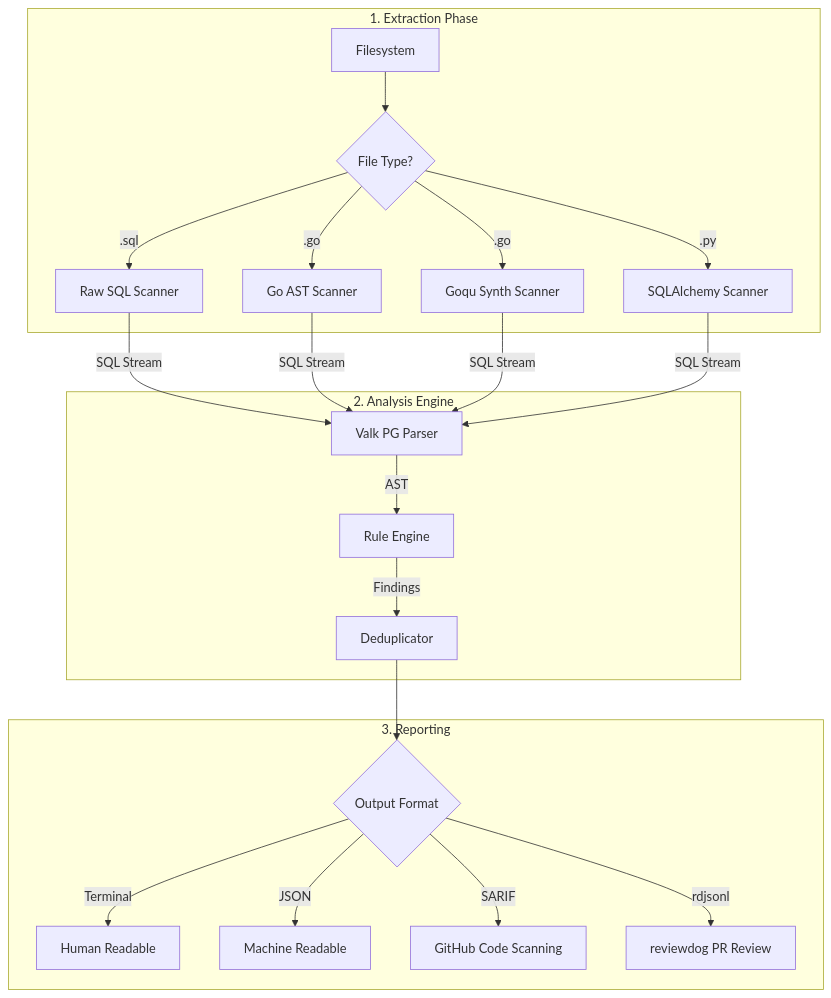
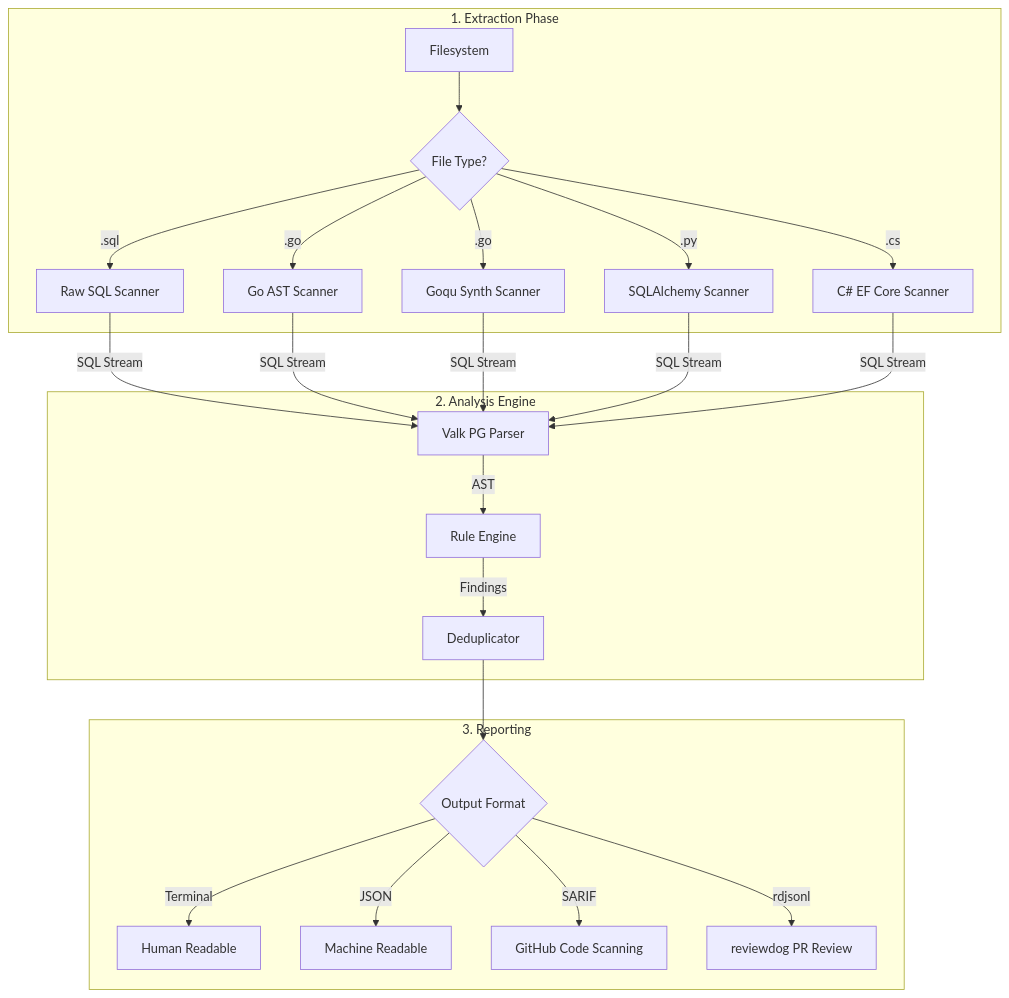
Before and after one commit to ValkDB/valk-guard: the first of 2 diagrams in docs/architecture.md, drawn with Mermaid. The commit also changed other lines of this file and 16 other files, not shown here.

Commit message:
feat: add C# EF Core raw SQL scanner

````diff
--- a/docs/architecture.md
+++ b/docs/architecture.md
@@ -23,24 +23,25 @@
 ```mermaid
 graph TD
     subgraph "1. Extraction Phase"
         A[Filesystem] --> B{File Type?}
         B -->|.sql| C[Raw SQL Scanner]
         B -->|.go| D[Go AST Scanner]
         B -->|.go| E[Goqu Synth Scanner]
         B -->|.py| F[SQLAlchemy Scanner]
+        B -->|.cs| G[C# EF Core Scanner]
     end
 
     subgraph "2. Analysis Engine"
-        C & D & E & F -->|SQL Stream| G[Valk PG Parser]
-        G -->|AST| H[Rule Engine]
-        H -->|Findings| I[Deduplicator]
+        C & D & E & F & G -->|SQL Stream| H[Valk PG Parser]
+        H -->|AST| I[Rule Engine]
+        I -->|Findings| J[Deduplicator]
     end
 
     subgraph "3. Reporting"
-        I --> J{Output Format}
-        J -->|Terminal| K[Human Readable]
-        J -->|JSON| L[Machine Readable]
-        J -->|SARIF| M[GitHub Code Scanning]
-        J -->|rdjsonl| N[reviewdog PR Review]
+        J --> K{Output Format}
+        K -->|Terminal| L[Human Readable]
+        K -->|JSON| M[Machine Readable]
+        K -->|SARIF| N[GitHub Code Scanning]
+        K -->|rdjsonl| O[reviewdog PR Review]
     end
 ```
````
